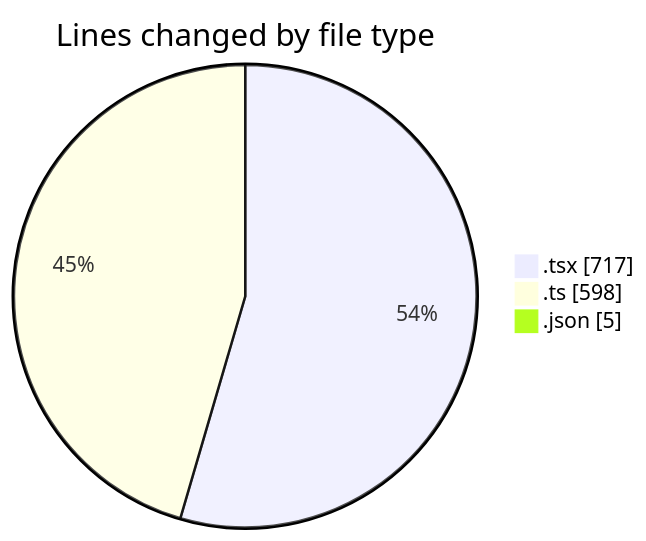
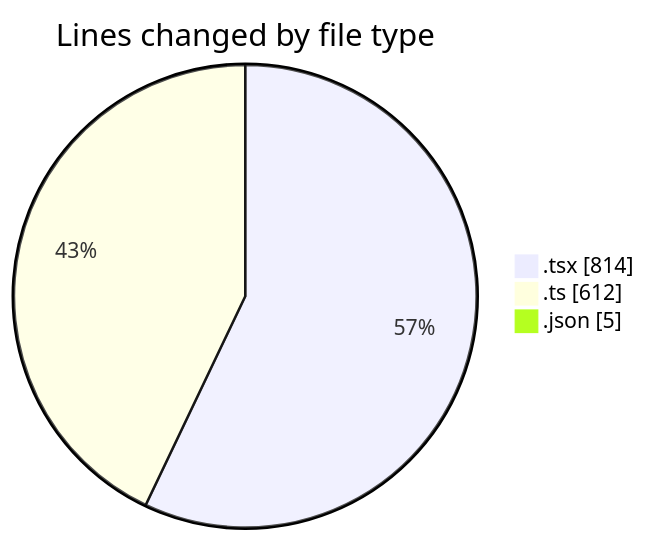
The first of 2 diagrams in 2025-11-23/eventscop-frontend-guide__workspace_/README.md (julien-gomy/code-tracking), drawn with Mermaid before and after one commit. The commit also changed other lines of this file and 1 other file, not shown here.

````diff
--- a/2025-11-23/eventscop-frontend-guide__workspace_/README.md
+++ b/2025-11-23/eventscop-frontend-guide__workspace_/README.md
@@ -34,7 +35,7 @@
 ```mermaid
 pie showData
 title Lines changed by file type
-".tsx" : 717
-".ts" : 598
+".tsx" : 814
+".ts" : 612
 ".json" : 5
 ```
````
